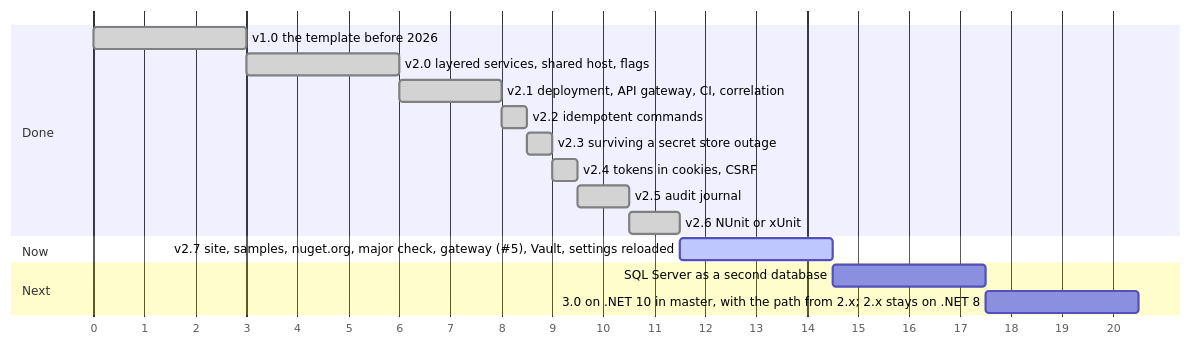
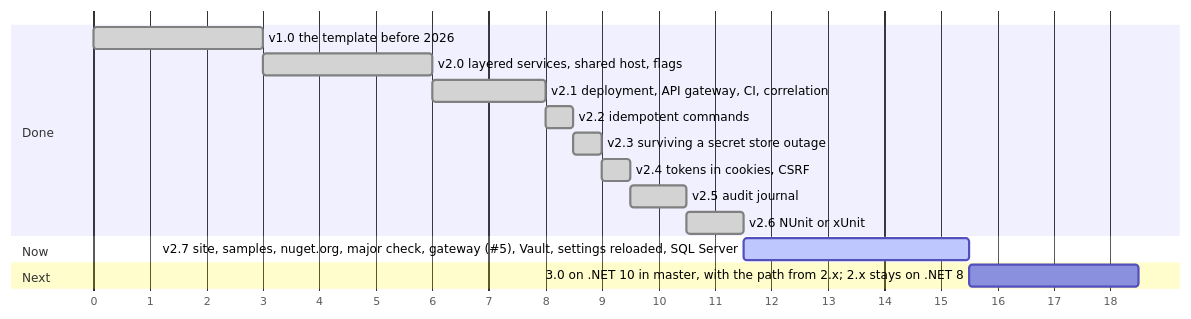
One commit to Vovanda/DotNetSolutionKit changed the diagram in docs/roadmap.md. Above: the diagram before and after it, drawn with Mermaid. The commit also changed other lines of this file and 33 other files, not shown here.

````diff
--- a/docs/roadmap.md
+++ b/docs/roadmap.md
@@ -5,23 +5,22 @@
 ```mermaid
 gantt
     dateFormat X
     axisFormat %s
     tickInterval 1second
 
     section Done
     v1.0 the template before 2026                         :done, s1, 0, 3000ms
     v2.0 layered services, shared host, flags             :done, s2, after s1, 3000ms
     v2.1 deployment, API gateway, CI, correlation         :done, s3, after s2, 2000ms
     v2.2 idempotent commands                              :done, s4, after s3, 500ms
     v2.3 surviving a secret store outage                  :done, s5, after s4, 500ms
     v2.4 tokens in cookies, CSRF                          :done, s6, after s5, 500ms
     v2.5 audit journal                                    :done, s7, after s6, 1000ms
     v2.6 NUnit or xUnit                                   :done, s8, after s7, 1000ms
 
     section Now
-    v2.7 site, samples, nuget.org, major check, gateway (#5), Vault, settings reloaded :active, s9, after s8, 3000ms
+    v2.7 site, samples, nuget.org, major check, gateway (#5), Vault, settings reloaded, SQL Server :active, s9, after s8, 4000ms
 
     section Next
-    SQL Server as a second database                       :s14, after s9, 3000ms
-    3.0 on .NET 10 in master, with the path from 2.x; 2.x stays on .NET 8 :s15, after s14, 3000ms
+    3.0 on .NET 10 in master, with the path from 2.x; 2.x stays on .NET 8 :s15, after s9, 3000ms
 ```
````
